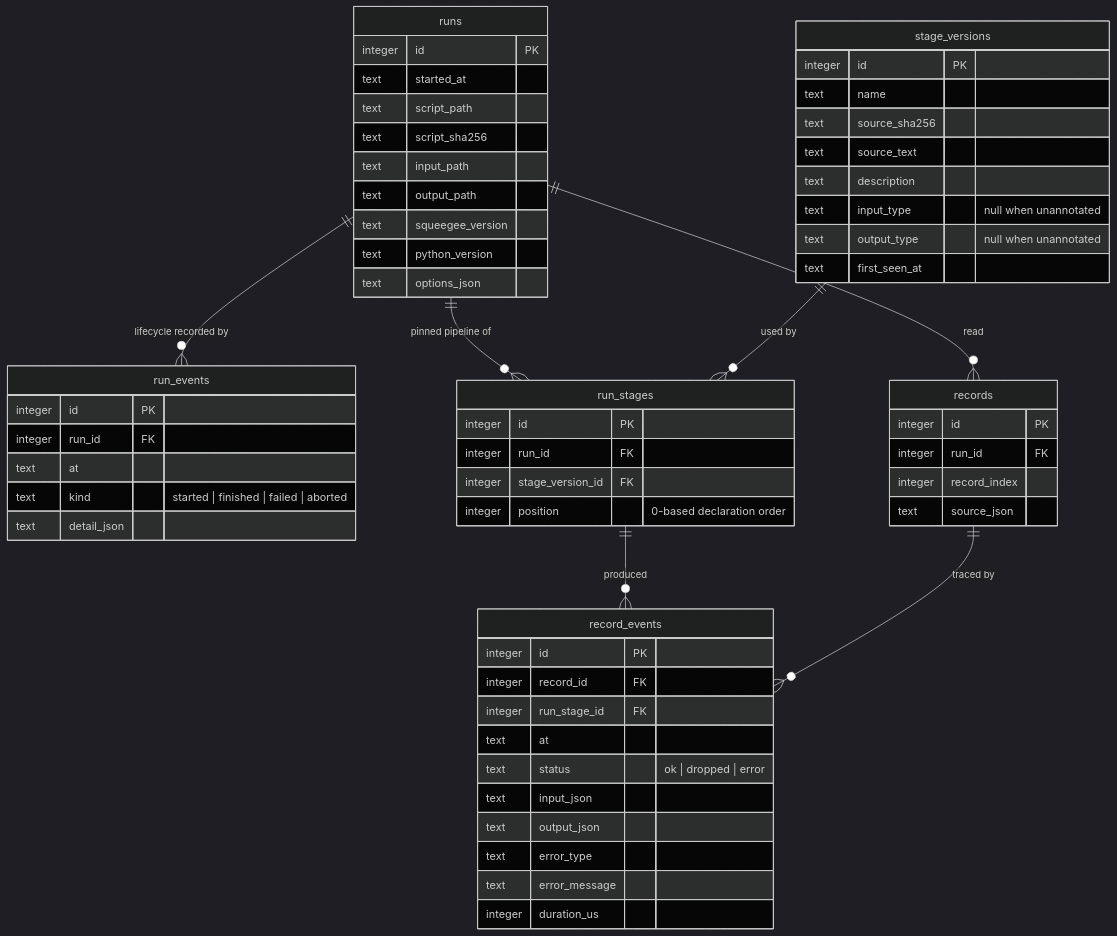
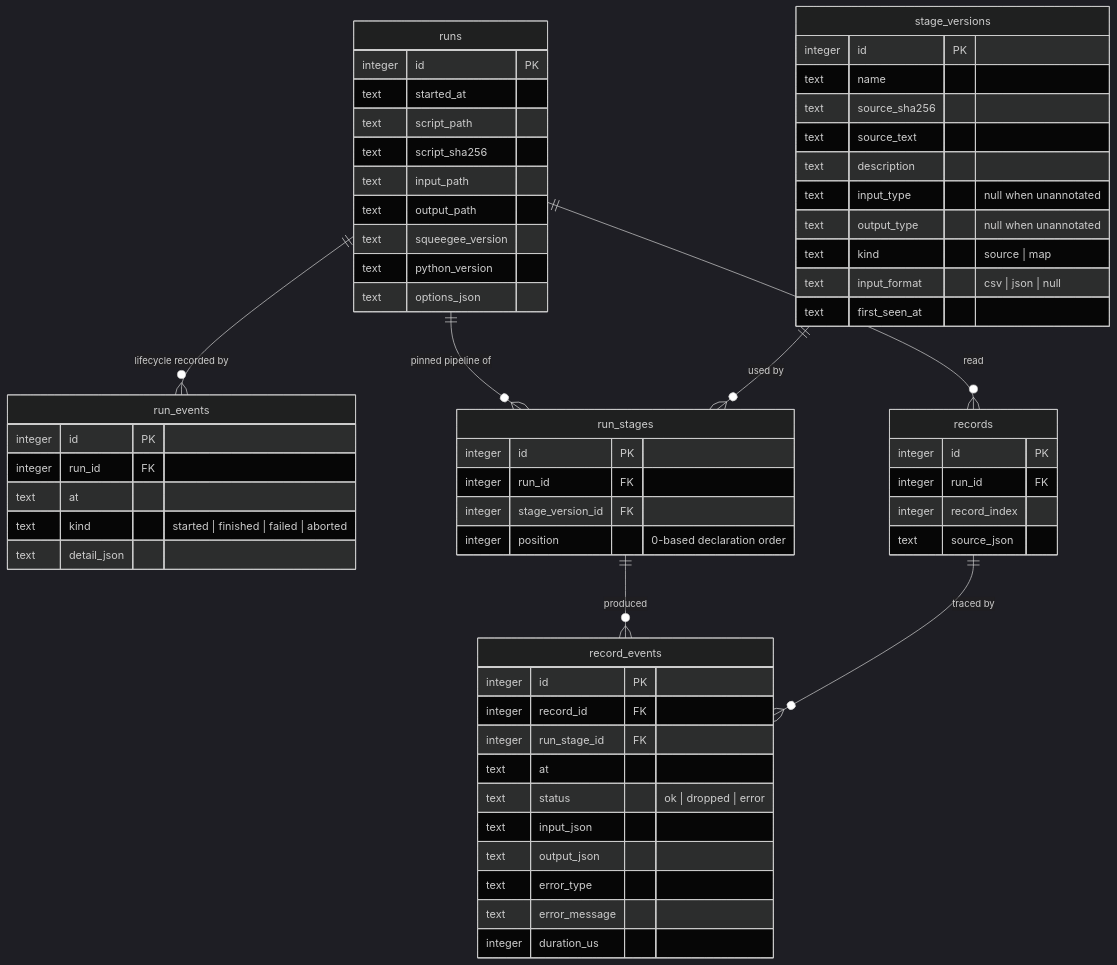
Before and after one commit to alexshank/squeegee: the diagram in docs/data-model.md, drawn with Mermaid (dark theme). The commit also changed other lines of this file and 45 other files, not shown here.

````diff
--- a/docs/data-model.md
+++ b/docs/data-model.md
@@ -17,62 +17,64 @@
 ```mermaid
 erDiagram
     runs ||--o{ run_events   : "lifecycle recorded by"
     runs ||--o{ run_stages   : "pinned pipeline of"
     runs ||--o{ records      : "read"
     stage_versions ||--o{ run_stages    : "used by"
     run_stages     ||--o{ record_events : "produced"
     records        ||--o{ record_events : "traced by"
 
     runs {
         integer id PK
         text    started_at
         text    script_path
         text    script_sha256
         text    input_path
         text    output_path
         text    squeegee_version
         text    python_version
         text    options_json
     }
     run_events {
         integer id PK
         integer run_id FK
         text    at
         text    kind "started | finished | failed | aborted"
         text    detail_json
     }
     stage_versions {
         integer id PK
         text    name
         text    source_sha256
         text    source_text
         text    description
         text    input_type "null when unannotated"
         text    output_type "null when unannotated"
+        text    kind "source | map"
+        text    input_format "csv | json | null"
         text    first_seen_at
     }
     run_stages {
         integer id PK
         integer run_id FK
         integer stage_version_id FK
         integer position "0-based declaration order"
     }
     records {
         integer id PK
         integer run_id FK
         integer record_index
         text    source_json
     }
     record_events {
         integer id PK
         integer record_id FK
         integer run_stage_id FK
         text    at
         text    status "ok | dropped | error"
         text    input_json
         text    output_json
         text    error_type
         text    error_message
         integer duration_us
     }
 ```
````
